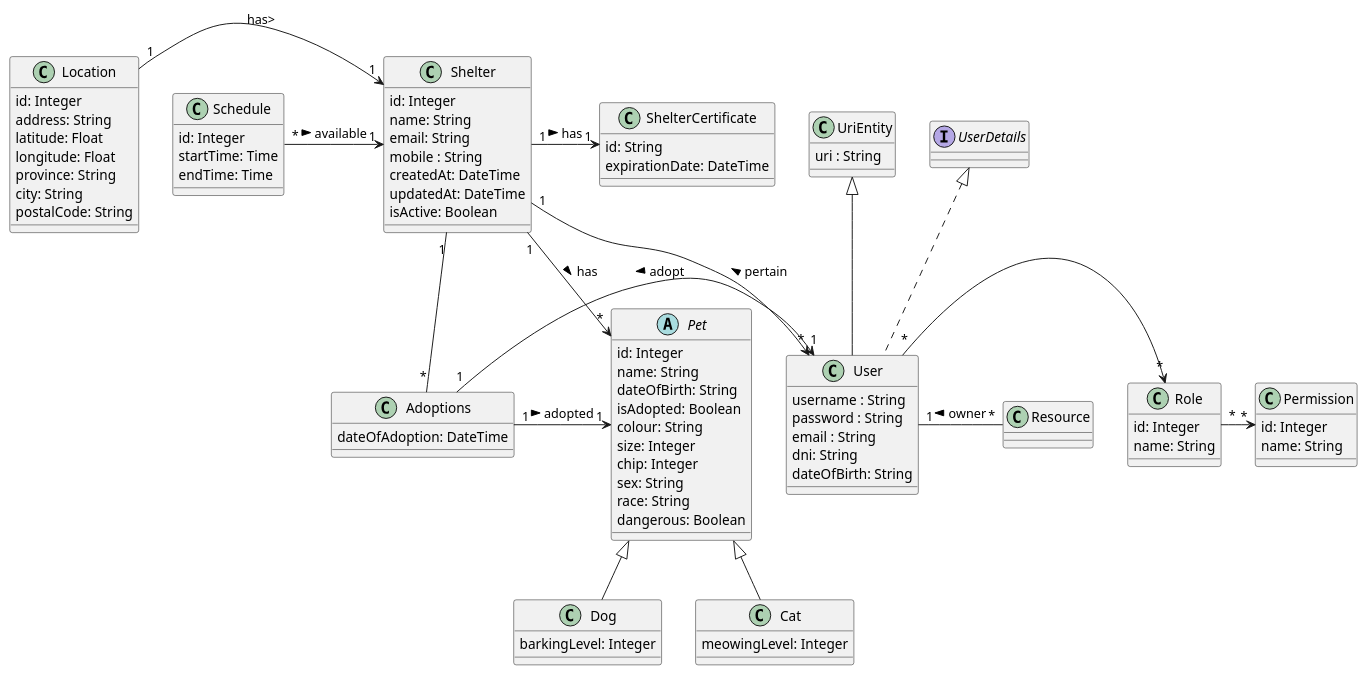
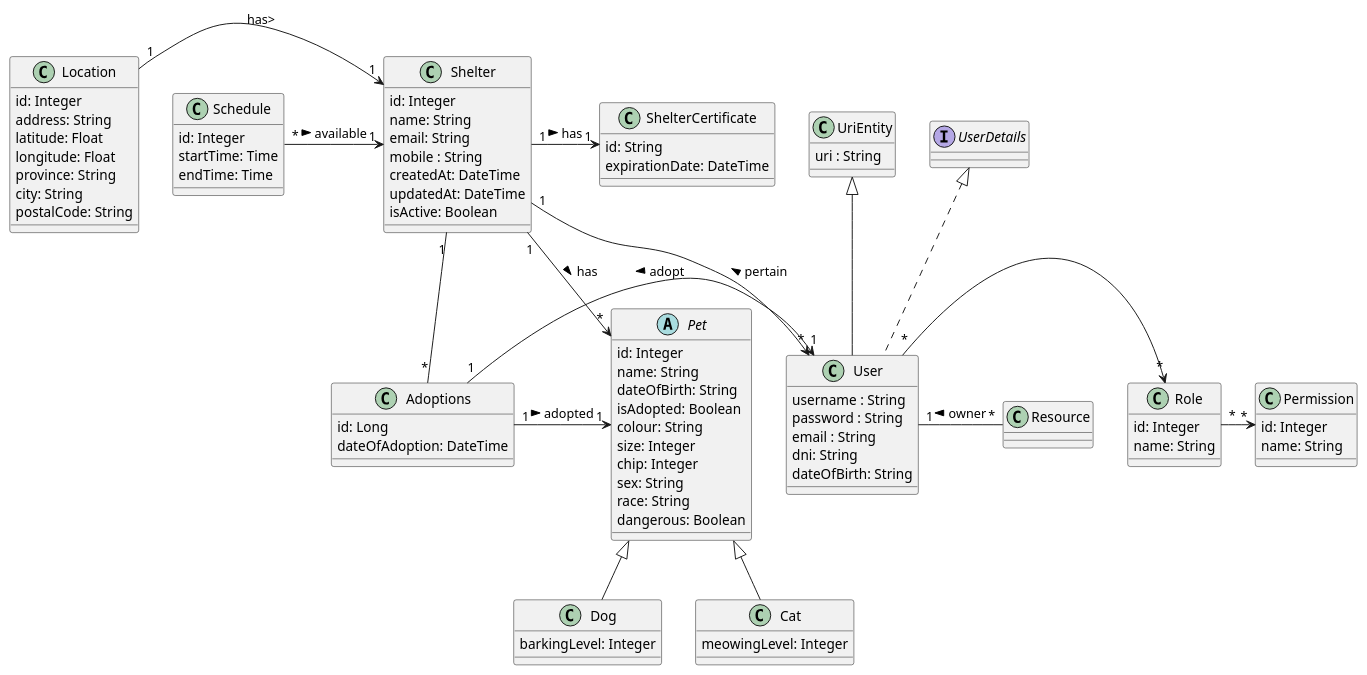
Before and after one commit to UdL-EPS-SoftArch/mypets-geiade-api: the diagram in EntitiesModel.puml, drawn with PlantUML. The commit also changed 1 other file, not shown here.

```diff
--- a/EntitiesModel.puml
+++ b/EntitiesModel.puml
@@ -1,94 +1,95 @@
 @startuml
 class User extends UriEntity implements UserDetails {
   username : String
   password : String
   email : String
   dni: String
   dateOfBirth: String
 }
 
 
 class UriEntity {
   uri : String
 }
 abstract class Pet{
   id: Integer
   name: String
   dateOfBirth: String
   isAdopted: Boolean
   colour: String
   size: Integer
   chip: Integer
   sex: String
   race: String
   dangerous: Boolean
 }
 class Dog extends Pet {
     barkingLevel: Integer
 }
 
 class Cat extends Pet {
     meowingLevel: Integer
 }
 
 class Shelter {
   id: Integer
   name: String
   email: String
   mobile : String
   createdAt: DateTime
   updatedAt: DateTime
   isActive: Boolean
 }
 
 class Location {
  id: Integer
  address: String
  latitude: Float
  longitude: Float
  province: String
  city: String
  postalCode: String
 }
 
 class ShelterCertificate {
   id: String
   expirationDate: DateTime
 }
 
 class Schedule {
     id: Integer
     startTime: Time
     endTime: Time
 }
 
 class Adoptions {
+    id: Long
     dateOfAdoption: DateTime
 }
 
 class Role {
     id: Integer
     name: String
 }
 
 class Permission {
     id: Integer
     name: String
 }
 
 
 User "1" --right-- "*" Resource : owner <
 Location "1" -> "1" Shelter : has>
 Shelter "1" -> "*" User : < pertain
 Shelter "1" -> "*" Pet : has >
 Shelter "1" -> "1" ShelterCertificate : has >
 Shelter "1" -- "*" Adoptions
 Schedule "*" -> "1" Shelter :available >
 
 Adoptions "1" -> "1" Pet :adopted >
 Adoptions "1" -> "1" User :adopt <
 
 User "*" -> "*" Role
 Role "*" -> "*" Permission
 
 @enduml
```
